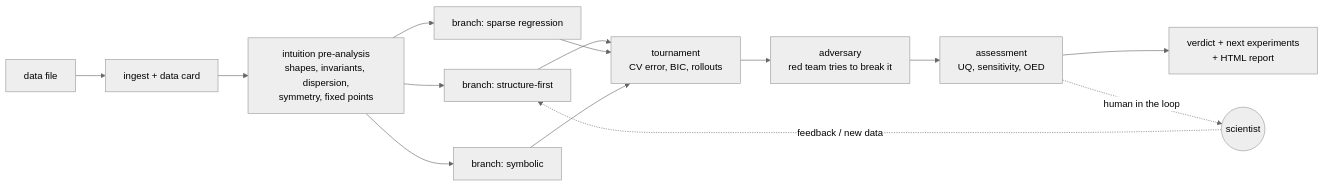
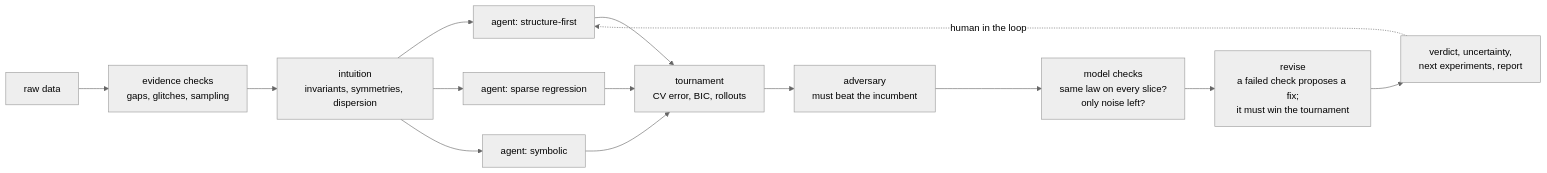
The diagram in README.md (SebastianBruijns/autoresearch-pde), drawn with Mermaid (neutral theme) before and after one commit. The commit also changed other lines of this file and 2 other files, not shown here.

````diff
--- a/README.md
+++ b/README.md
@@ -121,14 +36,14 @@
 ```mermaid
 flowchart LR
-  D[data file] --> I[ingest + data card]
-  I --> P[intuition pre-analysis<br/>shapes, invariants, dispersion,<br/>symmetry, fixed points]
-  P --> B1[branch: structure-first]
-  P --> B2[branch: sparse regression]
-  P --> B3[branch: symbolic]
+  D[raw data] --> E[evidence checks<br/>gaps, glitches, sampling]
+  E --> I[intuition<br/>invariants, symmetries, dispersion]
+  I --> B1[agent: structure-first]
+  I --> B2[agent: sparse regression]
+  I --> B3[agent: symbolic]
   B1 & B2 & B3 --> T[tournament<br/>CV error, BIC, rollouts]
-  T --> A[adversary<br/>red team tries to break it]
-  A --> Q[assessment<br/>UQ, sensitivity, OED]
-  Q --> V[verdict + next experiments<br/>+ HTML report]
-  Q -. human in the loop .-> H((scientist))
-  H -. feedback / new data .-> B1
+  T --> A[adversary<br/>must beat the incumbent]
+  A --> C[model checks<br/>same law on every slice?<br/>only noise left?]
+  C --> R[revise<br/>a failed check proposes a fix;<br/>it must win the tournament]
+  R --> V[verdict, uncertainty,<br/>next experiments, report]
+  V -. human in the loop .-> B1
 ```
````
